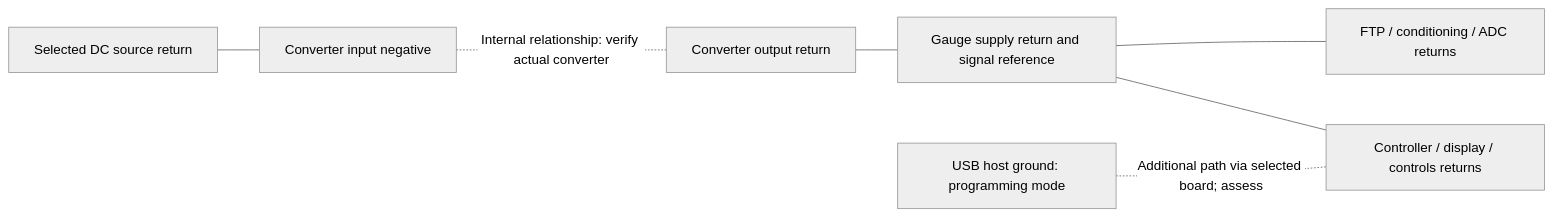
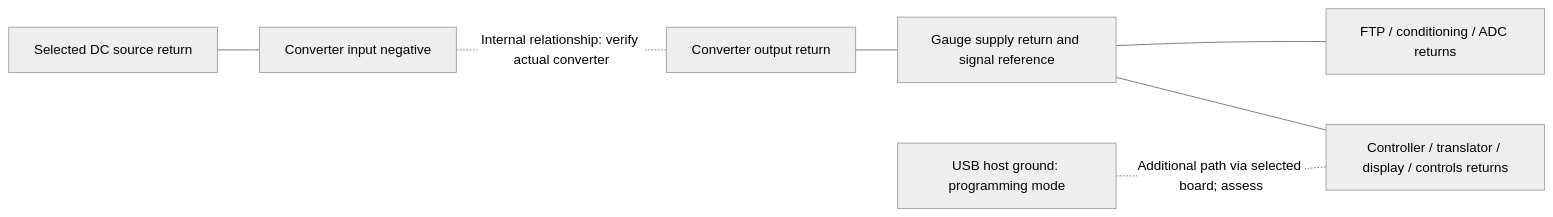
Before and after one commit to joshua-p-williams/ls-pcv-system: the second of 2 diagrams in hardware/architecture/power-system.md, drawn with Mermaid (neutral theme). The commit also changed other lines of this file and 53 other files, not shown here.

````diff
--- a/hardware/architecture/power-system.md
+++ b/hardware/architecture/power-system.md
@@ -57,17 +62,17 @@
 ```mermaid
 flowchart LR
     sourceReturn["Selected DC source return"]
     inputReturn["Converter input negative"]
     outputReturn["Converter output return"]
     gaugeReference["Gauge supply return and signal reference"]
     analogReturns["FTP / conditioning / ADC returns"]
-    digitalReturns["Controller / display / controls returns"]
+    digitalReturns["Controller / translator / display / controls returns"]
     hostGround["USB host ground: programming mode"]
 
     sourceReturn --- inputReturn
     inputReturn -.-|"Internal relationship: verify actual converter"| outputReturn
     outputReturn --- gaugeReference
     gaugeReference --- analogReturns
     gaugeReference --- digitalReturns
     hostGround -.-|"Additional path via selected board; assess"| digitalReturns
 ```
````
